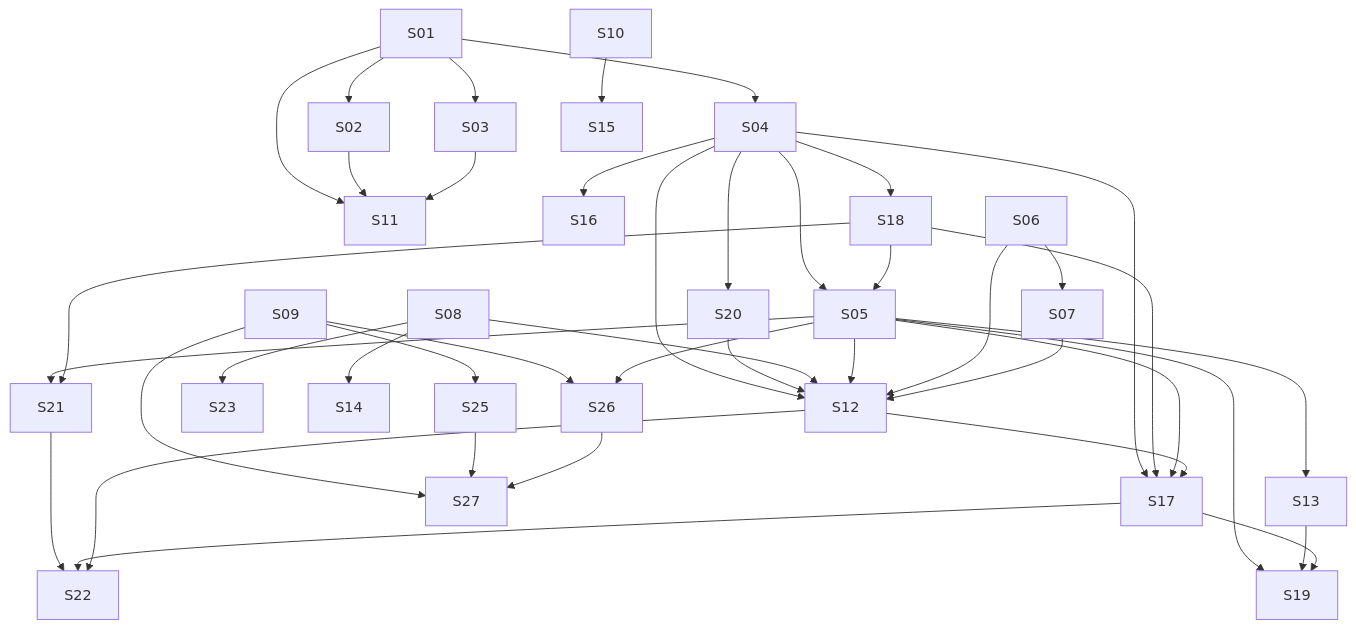
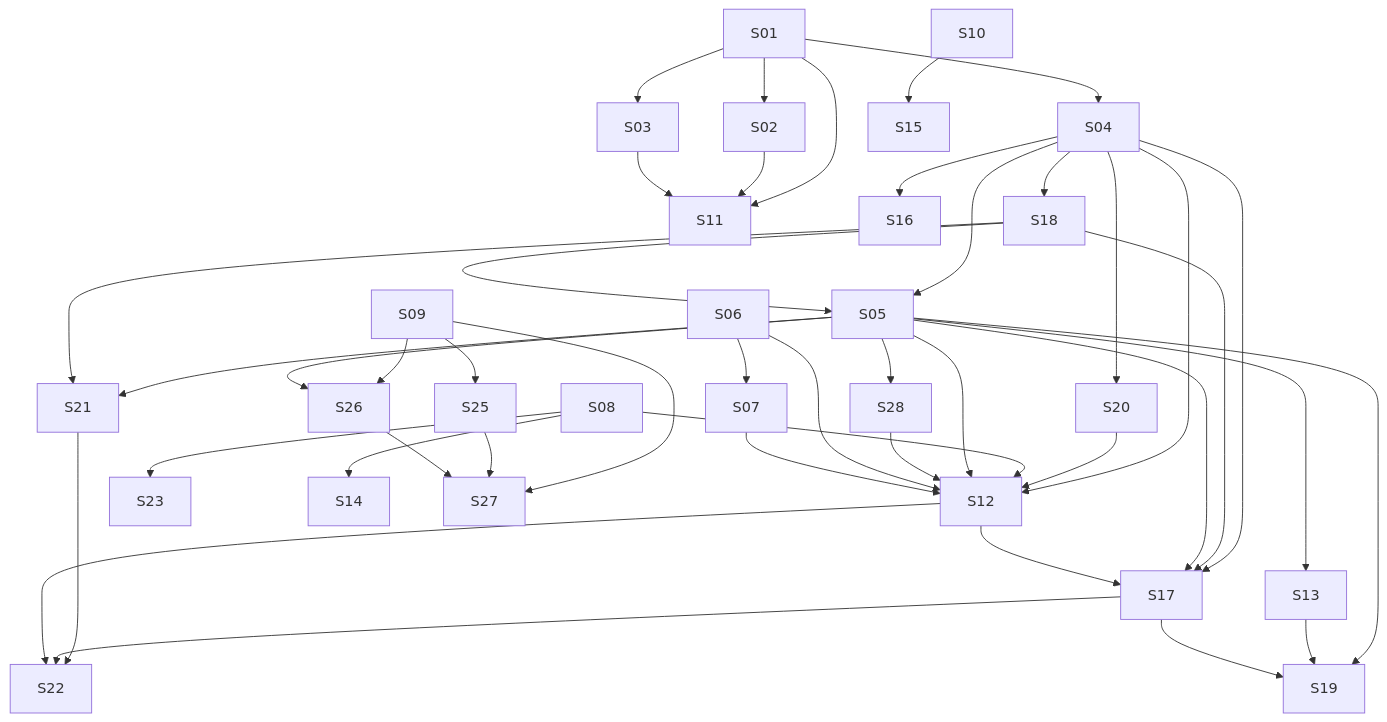
The diagram in plan/M23-MULTIVERTICAL-APPOINTMENT-BOOKING.md (lmmoreira/ikaro), drawn with Mermaid before and after one commit. The commit also changed other lines of this file, not shown here.

First line of the commit message:
docs(plan): add M23-S28 recurring-schedule lifecycle emails and sequence it before S12

````diff
--- a/plan/M23-MULTIVERTICAL-APPOINTMENT-BOOKING.md
+++ b/plan/M23-MULTIVERTICAL-APPOINTMENT-BOOKING.md
@@ -47,43 +48,45 @@
 ```mermaid
 graph TD
   S01 --> S02
   S01 --> S03
   S01 --> S04
   S01 --> S11
   S02 --> S11
   S03 --> S11
   S04 --> S05
   S04 --> S12
   S04 --> S16
   S04 --> S17
   S04 --> S18
   S18 --> S05
   S04 --> S20
   S20 --> S12
   S05 --> S21
   S18 --> S21
   S21 --> S22
   S17 --> S22
   S12 --> S22
   S08 --> S12
   S08 --> S23
   S18 --> S17
   S05 --> S12
+  S05 --> S28
+  S28 --> S12
   S05 --> S13
   S05 --> S17
   S12 --> S17
   S05 --> S19
   S13 --> S19
   S17 --> S19
   S06 --> S07
   S06 --> S12
   S07 --> S12
   S08 --> S14
   S10 --> S15
   S09 --> S25
   S09 --> S26
   S05 --> S26
   S09 --> S27
   S25 --> S27
   S26 --> S27
 ```
````
